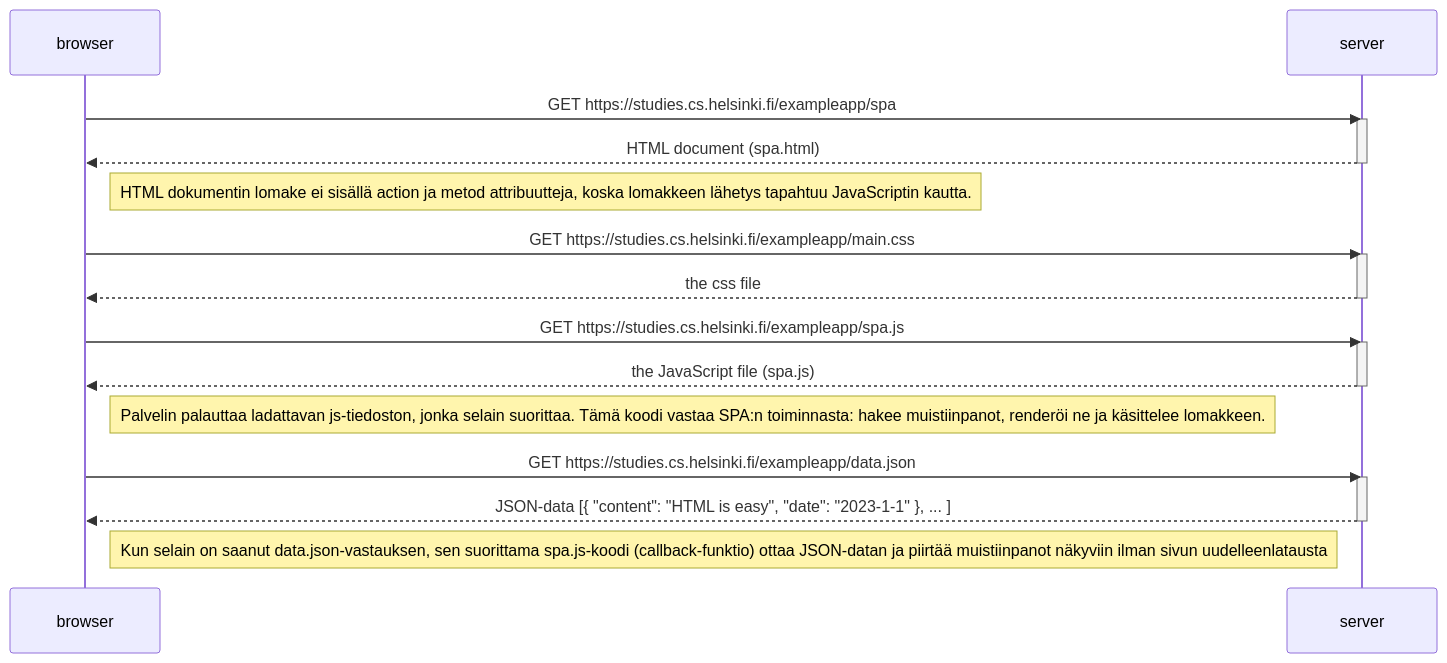
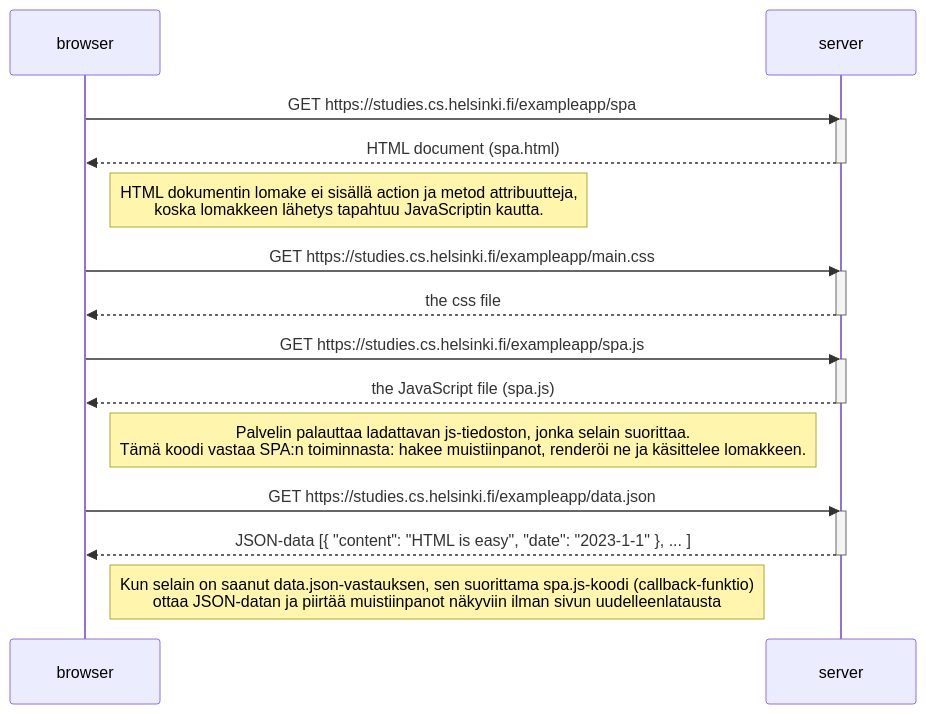
One commit to Kotvau/fullstackopen changed the diagram in osa0/t_0_5.md. Above: the diagram before and after it, drawn with Mermaid.

````diff
--- a/osa0/t_0_5.md
+++ b/osa0/t_0_5.md
@@ -1,33 +1,33 @@
 ```mermaid
 sequenceDiagram
     participant browser
     participant server
     
     browser->>server: GET https://studies.cs.helsinki.fi/exampleapp/spa
     activate server
     server-->>browser: HTML document (spa.html)
     deactivate server	
 
-    Note right of browser: HTML dokumentin lomake ei sisällä action ja metod attribuutteja, koska lomakkeen lähetys tapahtuu JavaScriptin kautta.
+    Note right of browser: HTML dokumentin lomake ei sisällä action ja metod attribuutteja, <br/>koska lomakkeen lähetys tapahtuu JavaScriptin kautta.
 
     browser->>server: GET https://studies.cs.helsinki.fi/exampleapp/main.css
     activate server
     server-->>browser: the css file
     deactivate server
 
     
     browser->>server: GET https://studies.cs.helsinki.fi/exampleapp/spa.js
     activate server
     server-->>browser: the JavaScript file (spa.js)
     deactivate server
 
-    Note right of browser: Palvelin palauttaa ladattavan js-tiedoston, jonka selain suorittaa. Tämä koodi vastaa SPA:n toiminnasta: hakee muistiinpanot, renderöi ne ja käsittelee lomakkeen.
+    Note right of browser: Palvelin palauttaa ladattavan js-tiedoston, jonka selain suorittaa. <br/>Tämä koodi vastaa SPA:n toiminnasta: hakee muistiinpanot, renderöi ne ja käsittelee lomakkeen.
 
     browser->>server: GET https://studies.cs.helsinki.fi/exampleapp/data.json
     activate server
     server-->>browser: JSON-data [{ "content": "HTML is easy", "date": "2023-1-1" }, ... ]
     deactivate server    
 
-    Note right of browser: Kun selain on saanut data.json-vastauksen, sen suorittama spa.js-koodi (callback-funktio) ottaa JSON-datan ja piirtää muistiinpanot näkyviin ilman sivun uudelleenlatausta 
+    Note right of browser: Kun selain on saanut data.json-vastauksen, sen suorittama spa.js-koodi (callback-funktio) <br/>ottaa JSON-datan ja piirtää muistiinpanot näkyviin ilman sivun uudelleenlatausta 
    
 ```
````
